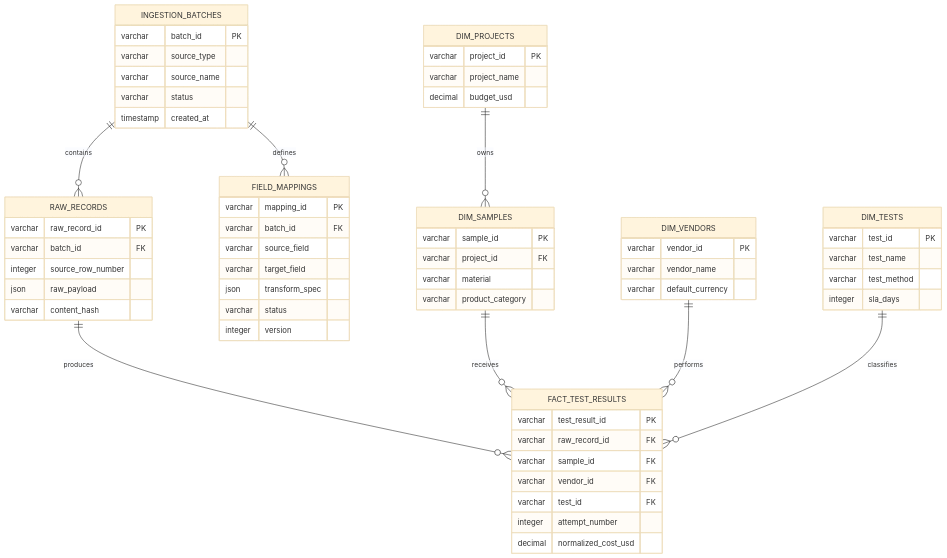
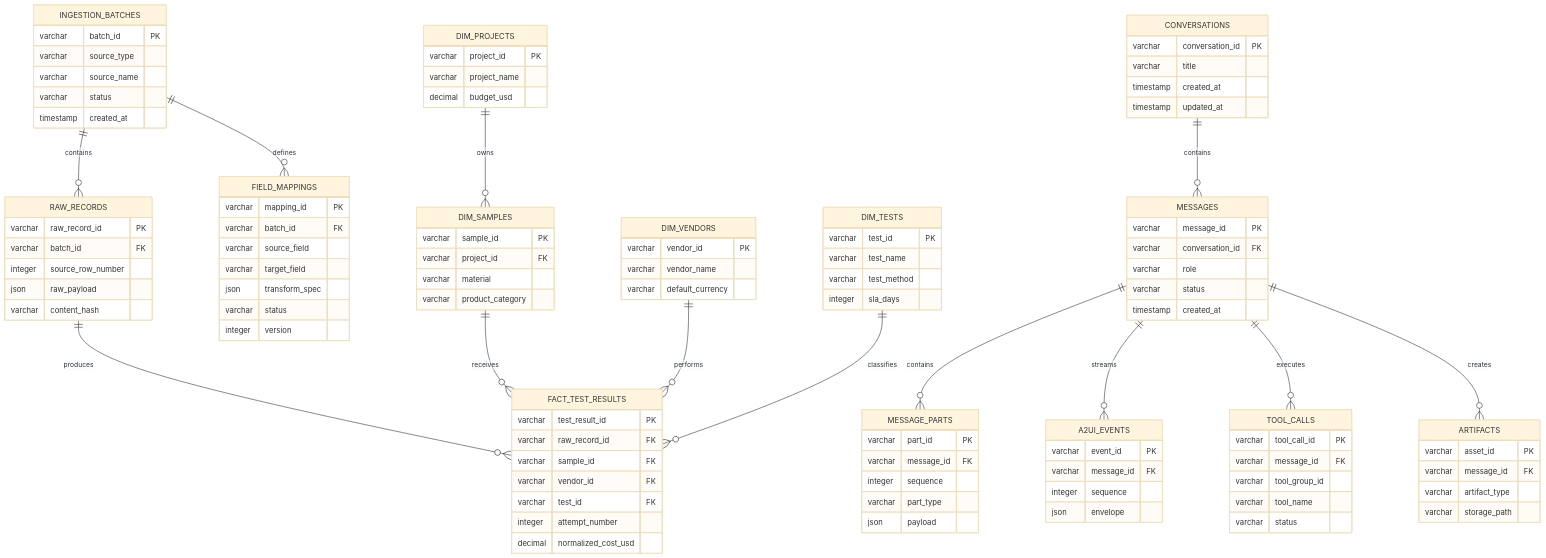
One commit to Ivan97/lab-insight-workspace changed the second of 3 diagrams in docs/Mini Hackathon.md. Above: the diagram before and after it, drawn with Mermaid (base theme). The commit also changed other lines of this file, not shown here.

````diff
--- a/docs/Mini Hackathon.md
+++ b/docs/Mini Hackathon.md
@@ -453,6 +507,11 @@
     DIM_SAMPLES ||--o{ FACT_TEST_RESULTS : receives
     DIM_VENDORS ||--o{ FACT_TEST_RESULTS : performs
     DIM_TESTS ||--o{ FACT_TEST_RESULTS : classifies
+    CONVERSATIONS ||--o{ MESSAGES : contains
+    MESSAGES ||--o{ MESSAGE_PARTS : contains
+    MESSAGES ||--o{ A2UI_EVENTS : streams
+    MESSAGES ||--o{ TOOL_CALLS : executes
+    MESSAGES ||--o{ ARTIFACTS : creates
 
     INGESTION_BATCHES {
         varchar batch_id PK
@@ -508,4 +567,43 @@
         integer attempt_number
         decimal normalized_cost_usd
     }
+    CONVERSATIONS {
+        varchar conversation_id PK
+        varchar title
+        timestamp created_at
+        timestamp updated_at
+    }
+    MESSAGES {
+        varchar message_id PK
+        varchar conversation_id FK
+        varchar role
+        varchar status
+        timestamp created_at
+    }
+    MESSAGE_PARTS {
+        varchar part_id PK
+        varchar message_id FK
+        integer sequence
+        varchar part_type
+        json payload
+    }
+    A2UI_EVENTS {
+        varchar event_id PK
+        varchar message_id FK
+        integer sequence
+        json envelope
+    }
+    TOOL_CALLS {
+        varchar tool_call_id PK
+        varchar message_id FK
+        varchar tool_group_id
+        varchar tool_name
+        varchar status
+    }
+    ARTIFACTS {
+        varchar asset_id PK
+        varchar message_id FK
+        varchar artifact_type
+        varchar storage_path
+    }
 ```
````
